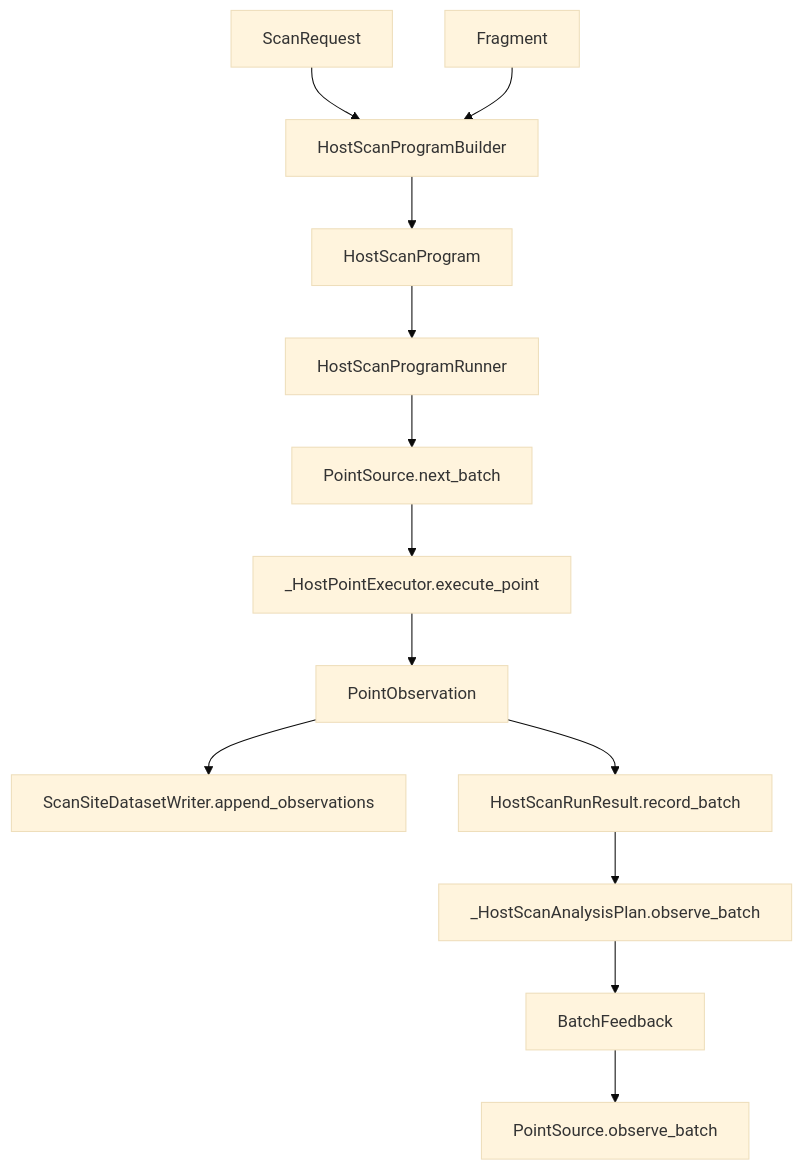
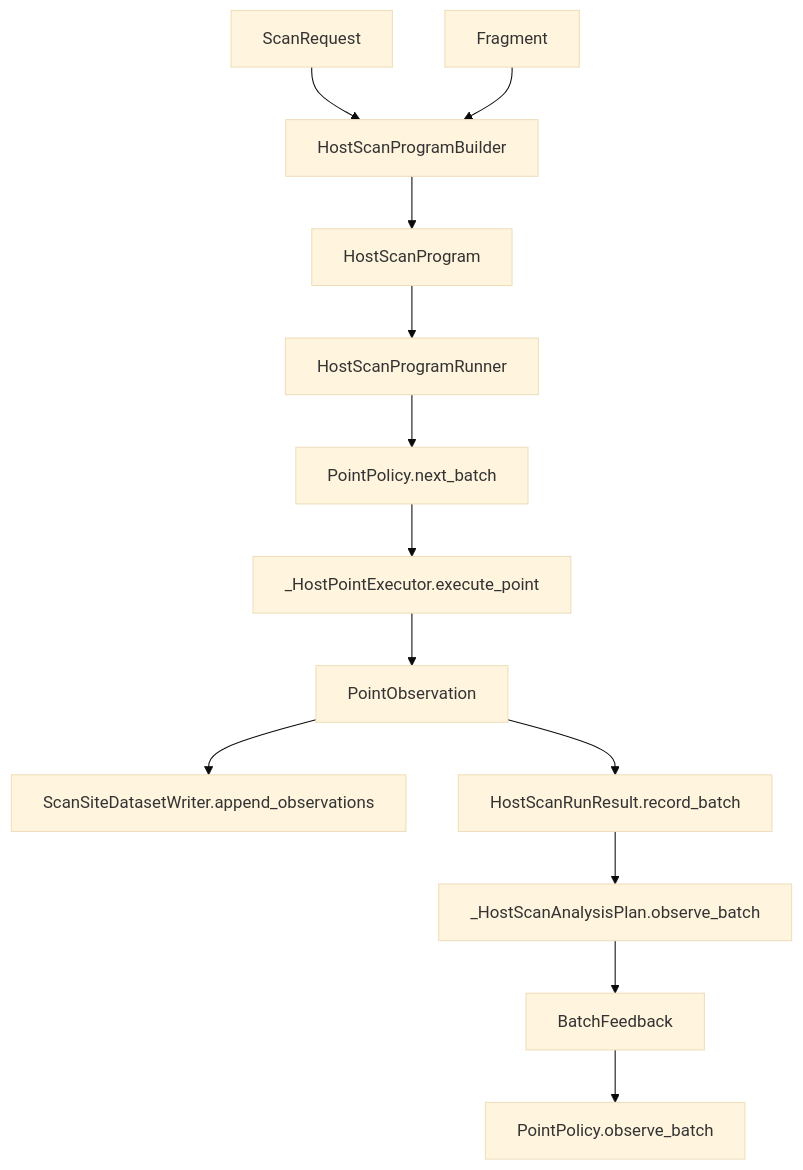
One commit to tomhepz/ndscan changed the diagram in HOST_RUNTIME_CURRENT.md. Above: the diagram before and after it, drawn with Mermaid (base theme). The commit also changed other lines of this file and 17 other files, not shown here.

````diff
--- a/HOST_RUNTIME_CURRENT.md
+++ b/HOST_RUNTIME_CURRENT.md
@@ -146,16 +146,16 @@
 ```mermaid
 flowchart TD
     REQ[ScanRequest] --> BUILD[HostScanProgramBuilder]
     FRAG[Fragment] --> BUILD
     BUILD --> PROG[HostScanProgram]
     PROG --> RUN[HostScanProgramRunner]
 
-    RUN --> SRC[PointSource.next_batch]
+    RUN --> SRC[PointPolicy.next_batch]
     SRC --> EXEC[_HostPointExecutor.execute_point]
     EXEC --> OBS[PointObservation]
     OBS --> WRITE[ScanSiteDatasetWriter.append_observations]
     OBS --> MEM[HostScanRunResult.record_batch]
     MEM --> ANALYSIS[_HostScanAnalysisPlan.observe_batch]
     ANALYSIS --> FEEDBACK[BatchFeedback]
-    FEEDBACK --> SRC2[PointSource.observe_batch]
+    FEEDBACK --> SRC2[PointPolicy.observe_batch]
 ```
````
